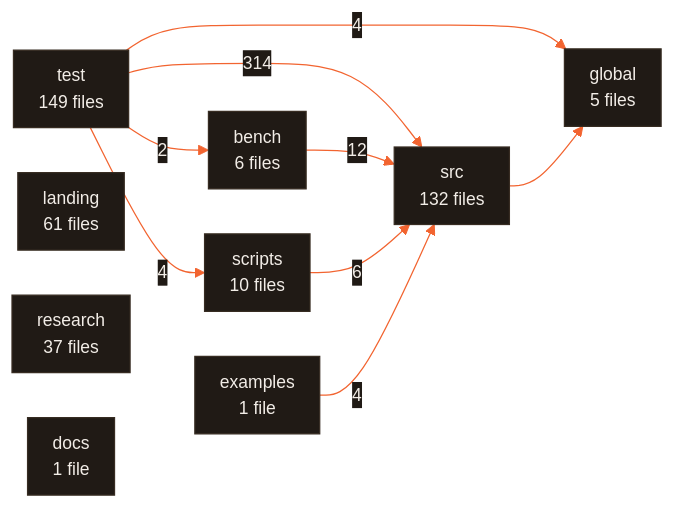
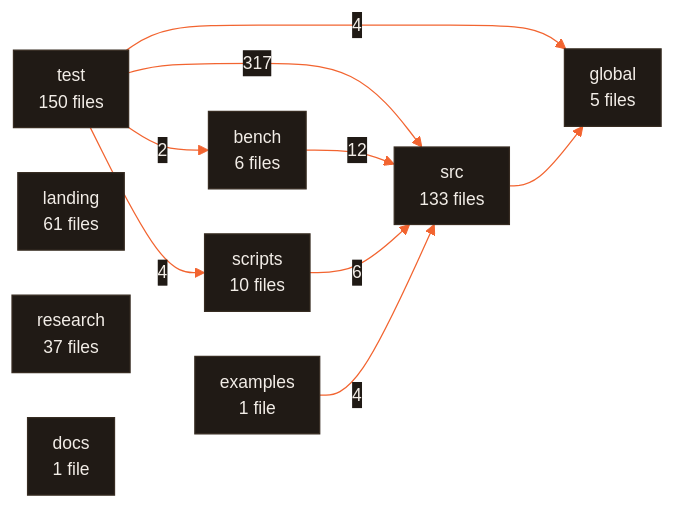
Before and after one commit to CodeWithJuber/forgekit: the diagram in ARCHITECTURE.md, drawn with Mermaid. The commit also changed 10 other files, not shown here.

````diff
--- a/ARCHITECTURE.md
+++ b/ARCHITECTURE.md
@@ -670,21 +670,21 @@
 ```mermaid
 %%{init: {'theme':'base','themeVariables':{'primaryColor':'#201a15','primaryTextColor':'#f2ede7','primaryBorderColor':'#372c22','lineColor':'#f26430','secondaryColor':'#272019','tertiaryColor':'#171310','edgeLabelBackground':'#201a15','clusterBkg':'#171310','clusterBorder':'#4a3b2e','fontFamily':'ui-sans-serif, system-ui, sans-serif','fontSize':'14px'},'flowchart':{'curve':'basis','padding':10,'nodeSpacing':36,'rankSpacing':44}}}%%
 flowchart LR
-  test["test<br/>149 files"]
-  src["src<br/>132 files"]
+  test["test<br/>150 files"]
+  src["src<br/>133 files"]
   landing["landing<br/>61 files"]
   research["research<br/>37 files"]
   scripts["scripts<br/>10 files"]
   bench["bench<br/>6 files"]
   global["global<br/>5 files"]
   docs["docs<br/>1 file"]
   examples["examples<br/>1 file"]
-  test -- 314 --> src
+  test -- 317 --> src
   bench -- 12 --> src
   scripts -- 6 --> src
   examples -- 4 --> src
   test -- 4 --> global
   test -- 4 --> scripts
   test -- 2 --> bench
   src --> global
 ```
````
